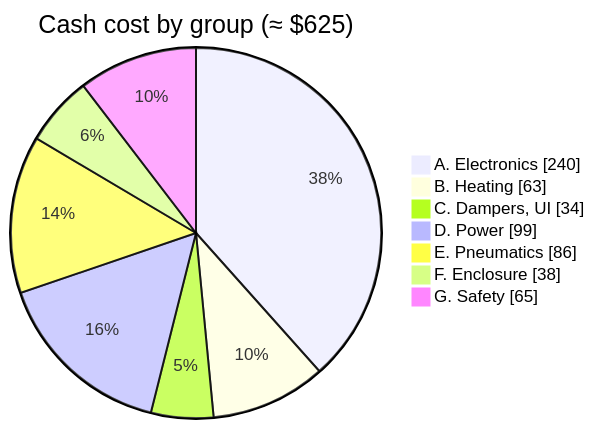
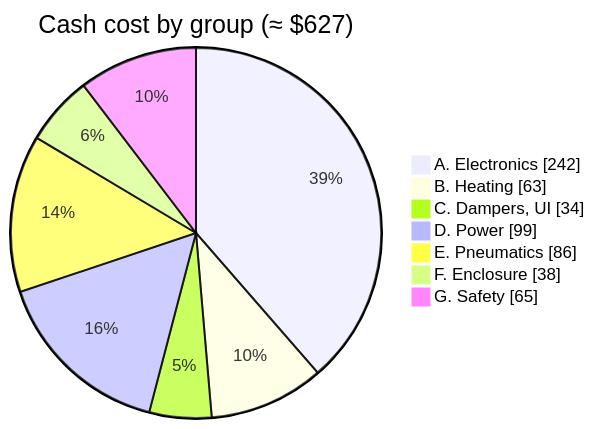
One commit to BashfulBits/3dp-fleet-exhaust changed the diagram in docs/03_bill_of_materials.md. Above: the diagram before and after it, drawn with Mermaid. The commit also changed other lines of this file and 5 other files, not shown here.

````diff
--- a/docs/03_bill_of_materials.md
+++ b/docs/03_bill_of_materials.md
@@ -28,11 +28,11 @@
 ```mermaid
 pie showData
-  title Cash cost by group (≈ $625)
-  "A. Electronics" : 240
+  title Cash cost by group (≈ $627)
+  "A. Electronics" : 242
   "B. Heating" : 63
   "C. Dampers, UI" : 34
   "D. Power" : 99
   "E. Pneumatics" : 86
   "F. Enclosure" : 38
   "G. Safety" : 65
 ```
````
